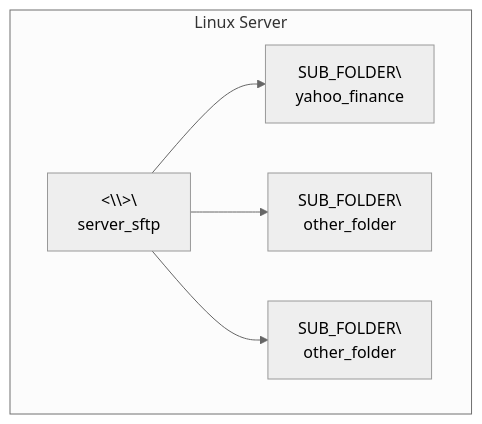
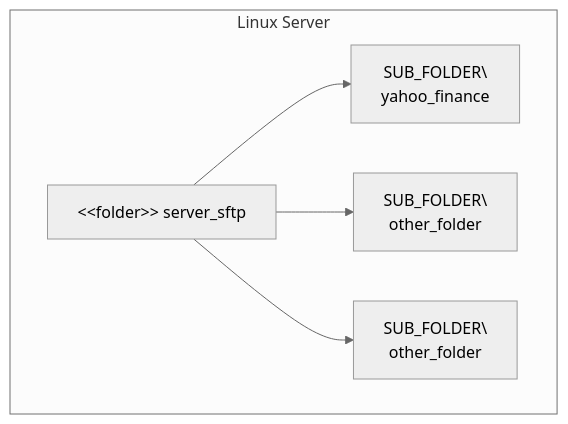
One commit to TrulyDigital/DATA_STREET changed the second of 3 diagrams in server_sftp/README.md. Above: the diagram before and after it, drawn with Mermaid (neutral theme).

Commit message:
update: server_sftp README.md

````diff
--- a/server_sftp/README.md
+++ b/server_sftp/README.md
@@ -14,13 +14,13 @@
 ```mermaid
 graph TD
     subgraph Contenedor_A [Linux Server]
-        A1[<\<folder\>\>\<br/> server_sftp]
+        A1[&lt;&lt;folder&gt;&gt; server_sftp]
         A2[SUB_FOLDER\<br/> yahoo_finance]
         A3[SUB_FOLDER\<br/> other_folder]
         A4[SUB_FOLDER\<br/> other_folder]
     end
 
     A1 --> A2
     A1 --> A3
     A1 --> A4
 ```
````
